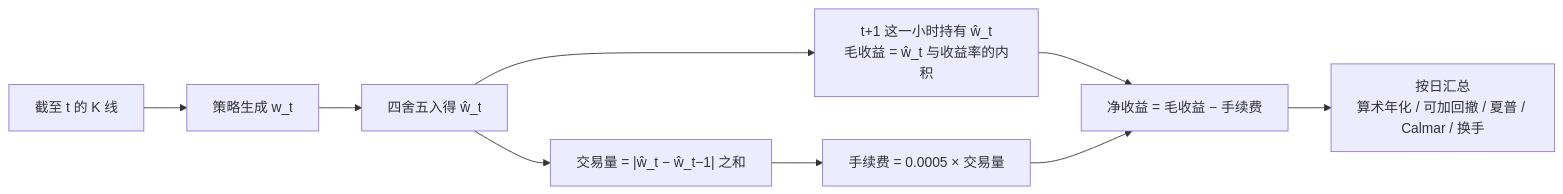
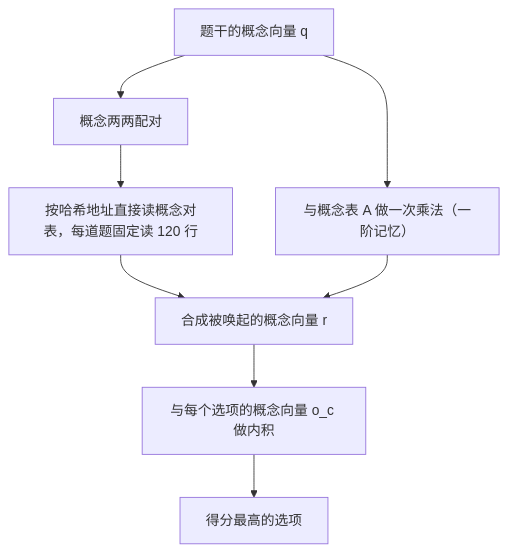
Before and after one commit to yingwang/paper-reads: the fourth of 4 diagrams in docs/index.md, drawn with Mermaid. The commit also changed other lines of this file and 2 other files, not shown here.

````diff
--- a/docs/index.md
+++ b/docs/index.md
@@ -235,11 +151,10 @@
 ```mermaid
-graph LR
-    B["截至 t 的 K 线"] --> P["策略生成 w_t"]
-    P --> R["四舍五入得 ŵ_t"]
-    R --> H["t+1 这一小时持有 ŵ_t<br/>毛收益 = ŵ_t 与收益率的内积"]
-    R --> U["交易量 = |ŵ_t − ŵ_t−1| 之和"]
-    U --> FEE["手续费 = 0.0005 × 交易量"]
-    H --> N["净收益 = 毛收益 − 手续费"]
-    FEE --> N
-    N --> M["按日汇总<br/>算术年化 / 可加回撤 / 夏普 / Calmar / 换手"]
+flowchart TB
+    Q["题干的概念向量 q"] --> P["概念两两配对"]
+    P --> H["按哈希地址直接读概念对表，每道题固定读 120 行"]
+    Q --> A["与概念表 A 做一次乘法（一阶记忆）"]
+    H --> R["合成被唤起的概念向量 r"]
+    A --> R
+    R --> S["与每个选项的概念向量 o_c 做内积"]
+    S --> O["得分最高的选项"]
 ```
````
